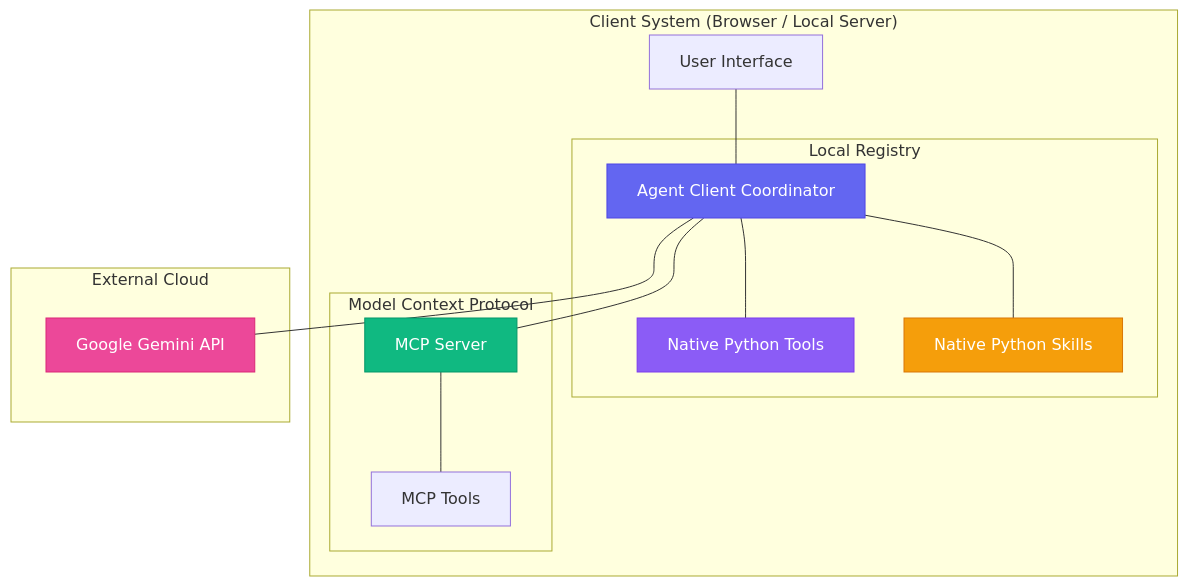
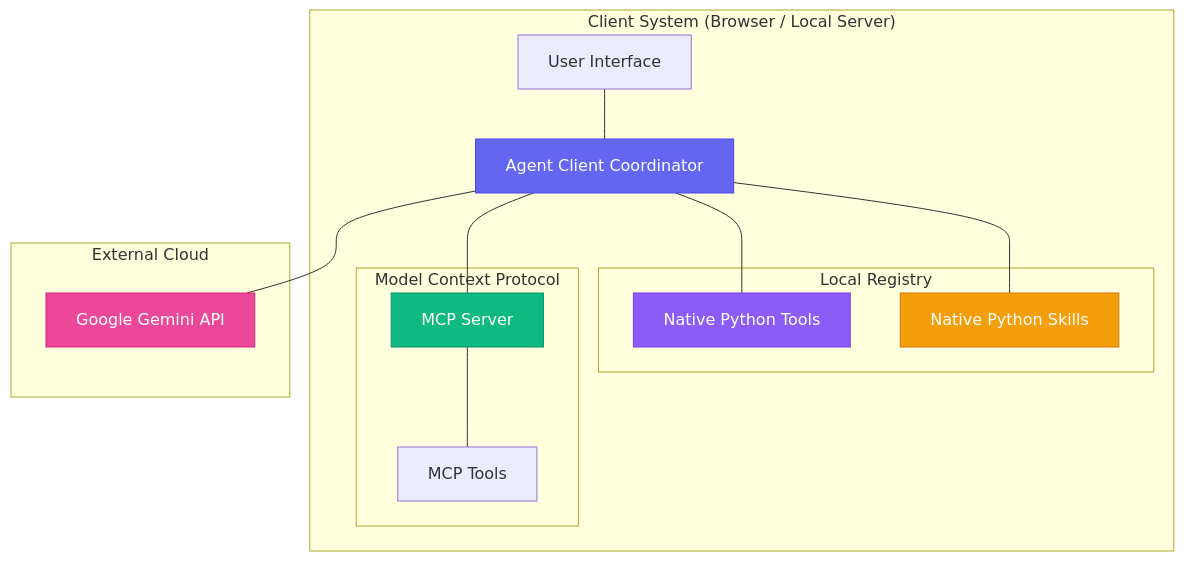
The first of 2 diagrams in README.md (vdonthireddy/ai-agent-skills-sandbox), drawn with Mermaid before and after one commit. The commit also changed other lines of this file, not shown here.

Commit message:
Fix Flow B sequence diagram routes and preview base64 in README.md

````diff
--- a/README.md
+++ b/README.md
@@ -80,26 +80,36 @@
 ```mermaid
 flowchart TD
     subgraph ClientSystem ["Client System (Browser / Local Server)"]
-        User[User Interface] --- App[Agent Client Coordinator]
+        User["User Interface"]
+        App["Agent Client Coordinator"]
+        
+        User --- App
         
         subgraph LocalRegistry ["Local Registry"]
-            App --- Tools[Native Python Tools]
-            App --- Skills[Native Python Skills]
+            Tools["Native Python Tools"]
+            Skills["Native Python Skills"]
         end
         
         subgraph MCP ["Model Context Protocol"]
-            App --- MCPServer[MCP Server]
-            MCPServer --- MCPTools[MCP Tools]
+            MCPServer["MCP Server"]
+            MCPTools["MCP Tools"]
+            MCPServer --- MCPTools
         end
+        
+        App --- Tools
+        App --- Skills
+        App --- MCPServer
     end
     
     subgraph ExternalCloud ["External Cloud"]
-        App --- LLM[Google Gemini API]
+        LLM["Google Gemini API"]
     end
+    
+    App --- LLM
     
     style App fill:#6366f1,stroke:#4f46e5,color:#fff
     style LLM fill:#ec4899,stroke:#db2777,color:#fff
     style MCPServer fill:#10b981,stroke:#059669,color:#fff
     style Tools fill:#8b5cf6,stroke:#7c3aed,color:#fff
     style Skills fill:#f59e0b,stroke:#d97706,color:#fff
 ```
````
